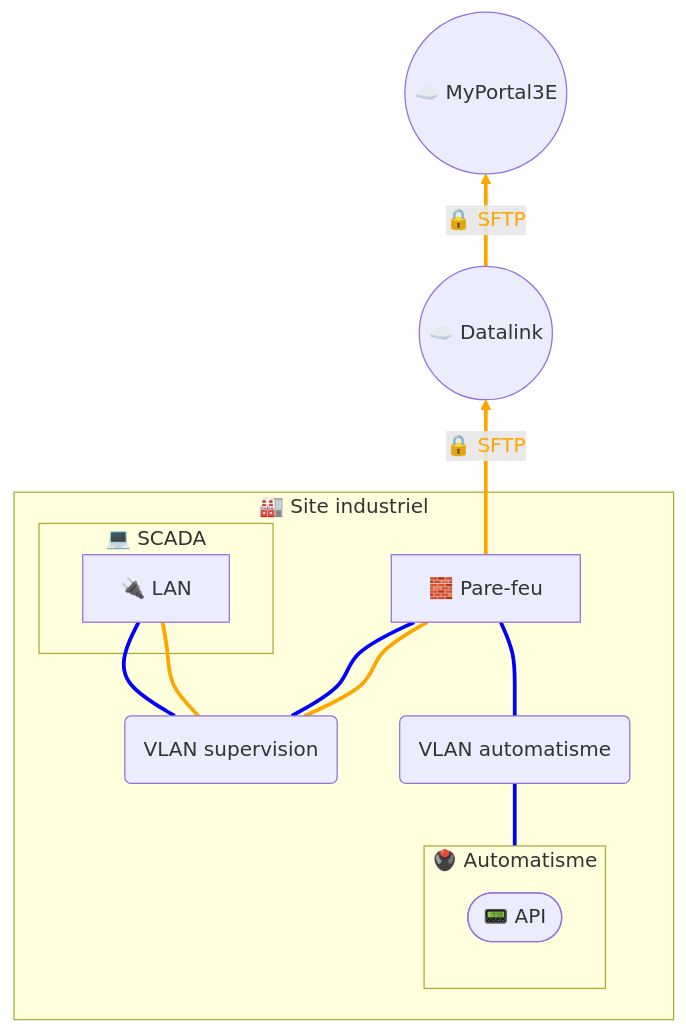
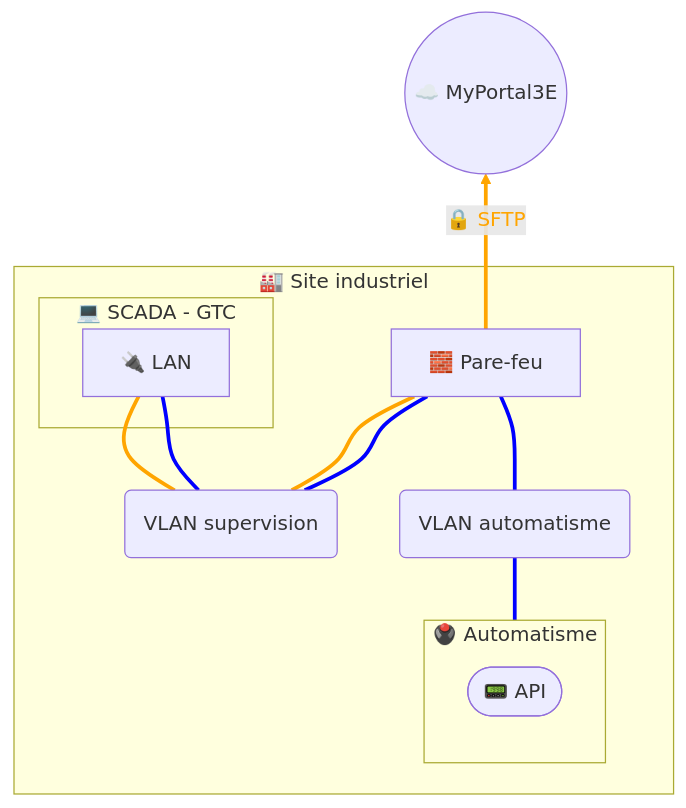
The diagram in docs/data/Collecte de données - SCADA SFTP.md (JohannPx/network-architectures), drawn with Mermaid before and after one commit. The commit also changed other lines of this file and 8 other files, not shown here.

````diff
--- a/docs/data/Collecte de données - SCADA SFTP.md
+++ b/docs/data/Collecte de données - SCADA SFTP.md
@@ -5,40 +5,39 @@
 ```mermaid
 flowchart BT
 
     subgraph site [🏭 Site industriel]
 
         fw[🧱 Pare-feu]
 
         subgraph automation [🖲️ Automatisme]
             plc([📟 API])
         end
 
         vlanScada(VLAN supervision)
         vlanPlc(VLAN automatisme)
         
-        subgraph scada [💻 SCADA]
+        subgraph scada [💻 SCADA - GTC]
             scadaLan[🔌 LAN]
         end
     end
 
     myportal3e((☁️ MyPortal3E))
 
-    fw == 🔒 SFTP ==> datalink((☁️ Datalink)) == 🔒 SFTP ==> myportal3e((☁️ MyPortal3E))
-    automation === vlanPlc
+    fw == 🔒 SFTP ==> myportal3e((☁️ MyPortal3E))
     vlanScada === scadaLan
-    vlanPlc === fw
     vlanScada === fw
 
     vlanScada --- scadaLan
     vlanScada --- fw
+    automation --- vlanPlc
+    vlanPlc --- fw
     
     linkStyle 0 stroke:orange,stroke-width:3px,color:orange;
     linkStyle 1 stroke:orange,stroke-width:3px,color:orange;
-    linkStyle 3 stroke:orange,stroke-width:3px,color:orange;
-    linkStyle 5 stroke:orange,stroke-width:3px,color:orange;
+    linkStyle 2 stroke:orange,stroke-width:3px,color:orange;
     
+    linkStyle 3 stroke:blue,stroke-width:3px,color:blue;
     linkStyle 4 stroke:blue,stroke-width:3px,color:blue;
-    linkStyle 2 stroke:blue,stroke-width:3px,color:blue;
+    linkStyle 5 stroke:blue,stroke-width:3px,color:blue;
     linkStyle 6 stroke:blue,stroke-width:3px,color:blue;
-    linkStyle 7 stroke:blue,stroke-width:3px,color:blue;
 ```
````
